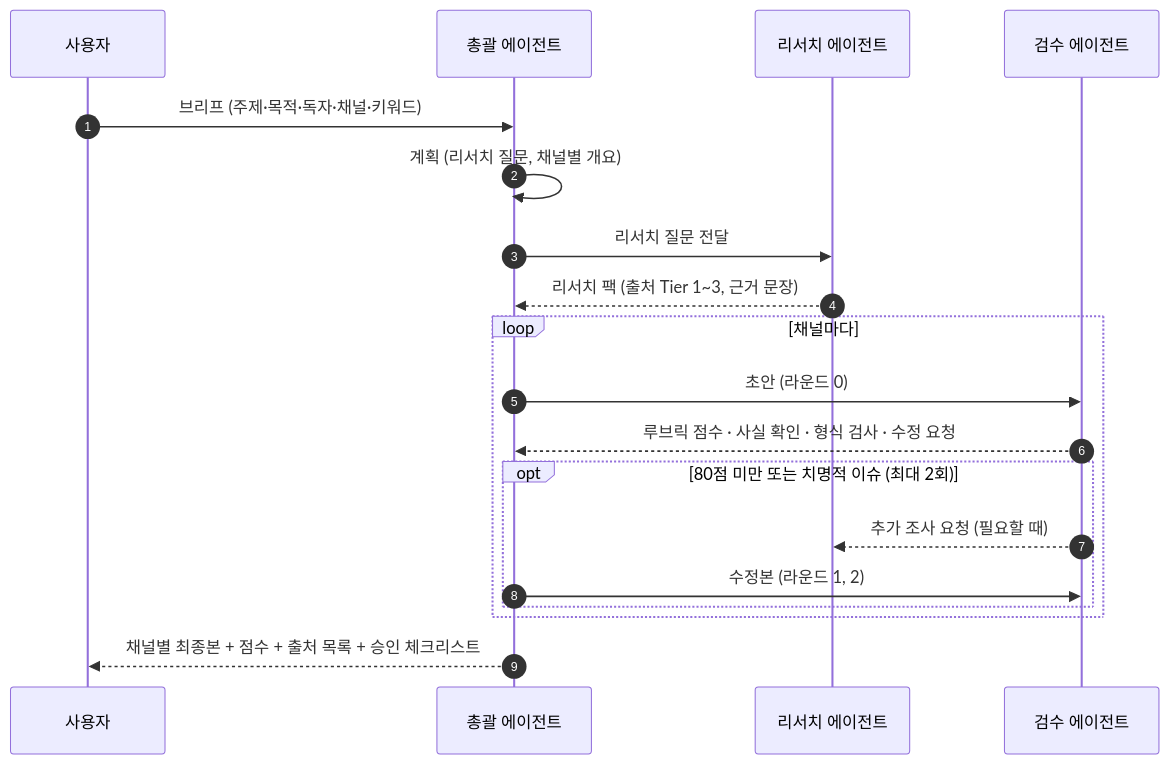
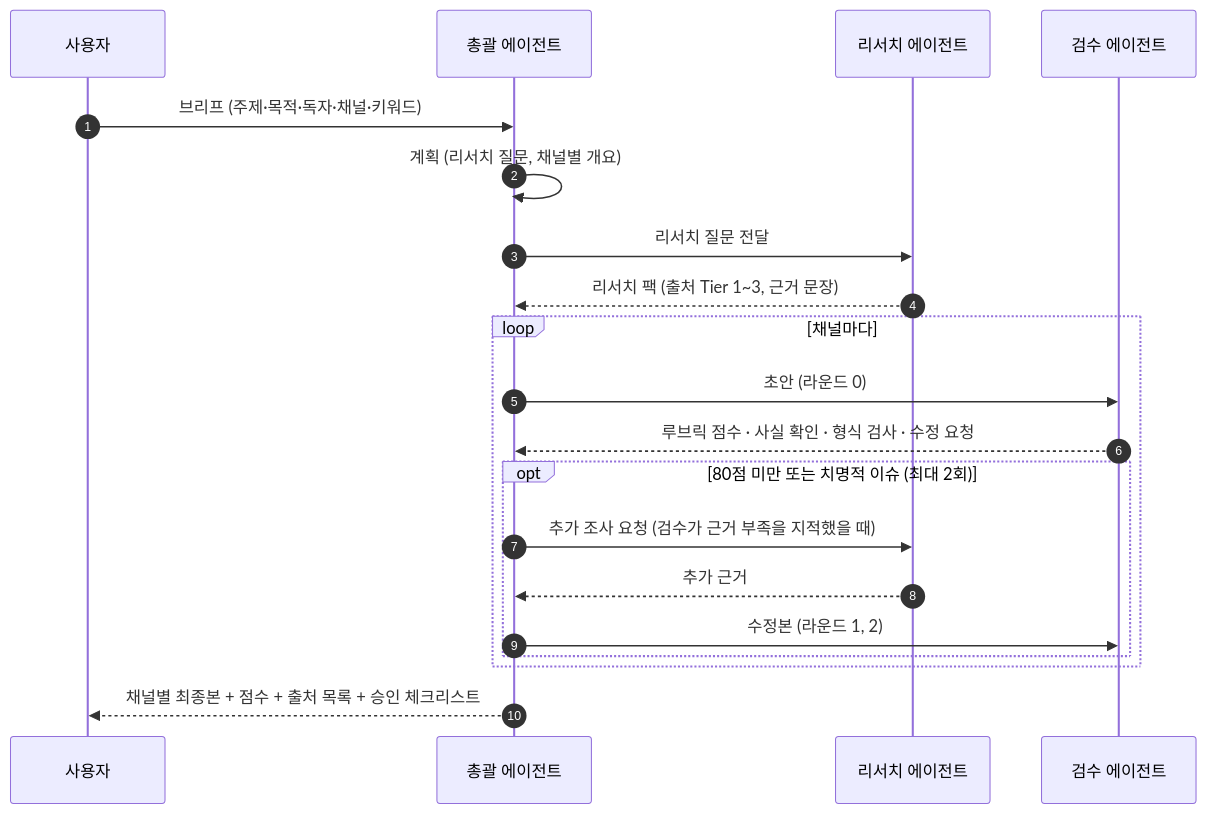
Before and after one commit to Insia88/insia_smartagent: the diagram in README.md, drawn with Mermaid. The commit also changed 13 other files, not shown here.

````diff
--- a/README.md
+++ b/README.md
@@ -74,21 +74,22 @@
 ```mermaid
 sequenceDiagram
     autonumber
     participant U as 사용자
     participant O as 총괄 에이전트
     participant R as 리서치 에이전트
     participant V as 검수 에이전트
     U->>O: 브리프 (주제·목적·독자·채널·키워드)
     O->>O: 계획 (리서치 질문, 채널별 개요)
     O->>R: 리서치 질문 전달
     R-->>O: 리서치 팩 (출처 Tier 1~3, 근거 문장)
     loop 채널마다
         O->>V: 초안 (라운드 0)
         V-->>O: 루브릭 점수 · 사실 확인 · 형식 검사 · 수정 요청
         opt 80점 미만 또는 치명적 이슈 (최대 2회)
-            V-->>R: 추가 조사 요청 (필요할 때)
+            O->>R: 추가 조사 요청 (검수가 근거 부족을 지적했을 때)
+            R-->>O: 추가 근거
             O->>V: 수정본 (라운드 1, 2)
         end
     end
     O-->>U: 채널별 최종본 + 점수 + 출처 목록 + 승인 체크리스트
 ```
````
